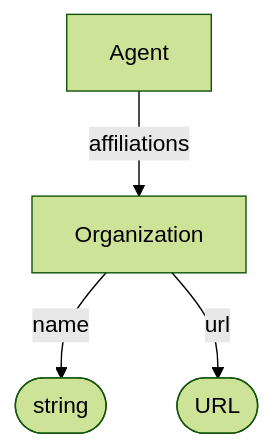
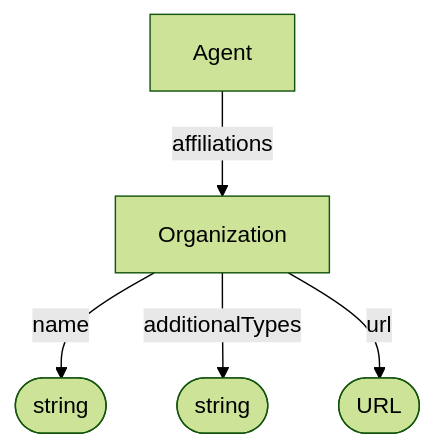
Before and after one commit to HLWeil/ARC-base-model: the diagram in docs/spec/administrative/Organization.md, drawn with Mermaid (forest theme). The commit also changed other lines of this file and 25 other files, not shown here.

````diff
--- a/docs/spec/administrative/Organization.md
+++ b/docs/spec/administrative/Organization.md
@@ -27,10 +28,13 @@
 ```mermaid
 flowchart TD
+
+    additionalTypes@{ shape: stadium, label: "string" }
 
     n@{ shape: stadium, label: "string" }
     u@{ shape: stadium, label: "URL" }
 
     Agent --affiliations--> Organization
     Organization --name--> n
+    Organization --additionalTypes--> additionalTypes
     Organization --url--> u
 ```
````
